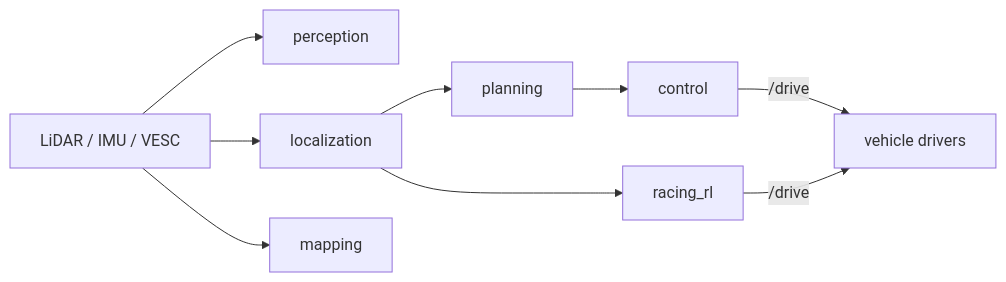
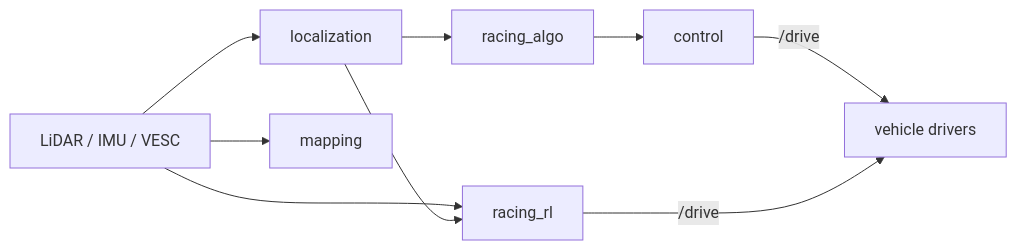
Before and after one commit to Squidtoon99/F1tenth: the diagram in docs/context.md, drawn with Mermaid. The commit also changed other lines of this file and 27 other files, not shown here.

````diff
--- a/docs/context.md
+++ b/docs/context.md
@@ -55,11 +56,11 @@
 ```mermaid
 flowchart LR
-  sensors["LiDAR / IMU / VESC"] --> perception
-  sensors --> localization
+  sensors["LiDAR / IMU / VESC"] --> localization
   sensors --> mapping
-  localization --> planning
+  sensors --> racing_rl
   localization --> racing_rl
-  planning --> control
+  localization --> racing_algo
+  racing_algo --> control
   control -->|"/drive"| car[vehicle drivers]
   racing_rl -->|"/drive"| car
 ```
````
